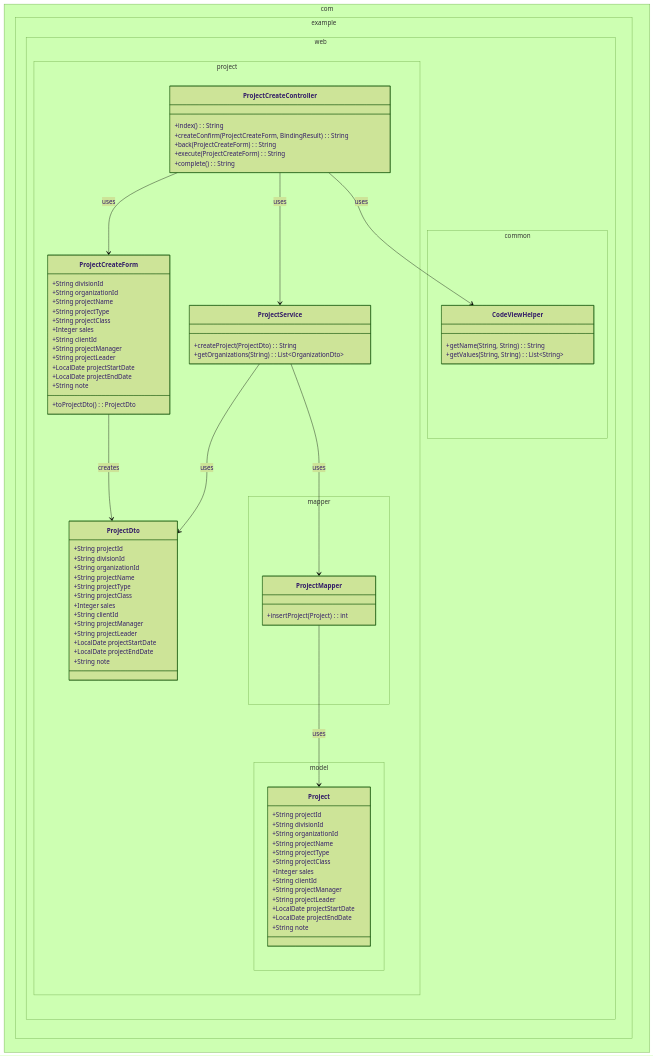
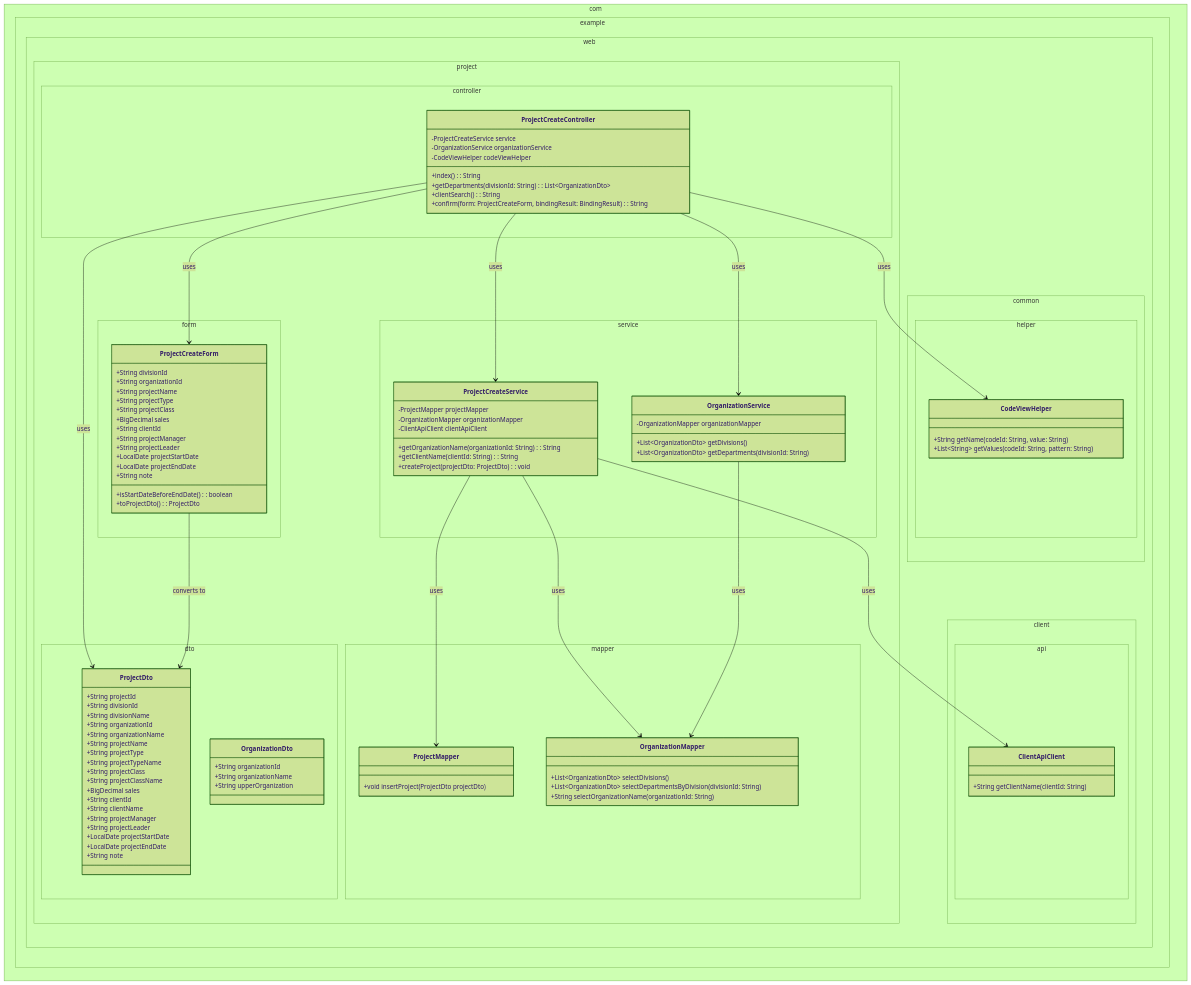
One commit to nagaoka-aya/rta-with-ai-2 changed the first of 4 diagrams in web/docs/plan/プロジェクト登録の実装計画.md. Above: the diagram before and after it, drawn with Mermaid (forest theme). The commit also changed other lines of this file and 1 other file, not shown here.

````diff
--- a/web/docs/plan/プロジェクト登録の実装計画.md
+++ b/web/docs/plan/プロジェクト登録の実装計画.md
@@ -8,88 +9,115 @@
 ```mermaid
 classDiagram
-    namespace com.example.web.project {
+    namespace com.example.web.project.controller {
         class ProjectCreateController {
+            -ProjectCreateService service
+            -OrganizationService organizationService
+            -CodeViewHelper codeViewHelper
             +index(): String
-            +createConfirm(ProjectCreateForm, BindingResult): String
-            +back(ProjectCreateForm): String
-            +execute(ProjectCreateForm): String
-            +complete(): String
+            +getDepartments(divisionId: String): List~OrganizationDto~
+            +clientSearch(): String
+            +confirm(form: ProjectCreateForm, bindingResult: BindingResult): String
         }
-
+    }
+    
+    namespace com.example.web.project.form {
         class ProjectCreateForm {
             +String divisionId
             +String organizationId
             +String projectName
             +String projectType
             +String projectClass
-            +Integer sales
+            +BigDecimal sales
             +String clientId
             +String projectManager
             +String projectLeader
             +LocalDate projectStartDate
             +LocalDate projectEndDate
             +String note
+            +isStartDateBeforeEndDate(): boolean
             +toProjectDto(): ProjectDto
         }
-
-        class ProjectService {
-            +createProject(ProjectDto): String
-            +getOrganizations(String): List~OrganizationDto~
-        }
-
+    }
+    
+    namespace com.example.web.project.dto {
         class ProjectDto {
             +String projectId
             +String divisionId
+            +String divisionName
             +String organizationId
+            +String organizationName
             +String projectName
             +String projectType
+            +String projectTypeName
             +String projectClass
-            +Integer sales
+            +String projectClassName
+            +BigDecimal sales
             +String clientId
+            +String clientName
             +String projectManager
             +String projectLeader
             +LocalDate projectStartDate
             +LocalDate projectEndDate
             +String note
         }
-    }
-
-    namespace com.example.web.common {
-        class CodeViewHelper {
-            +getName(String, String): String
-            +getValues(String, String): List~String~
+        
+        class OrganizationDto {
+            +String organizationId
+            +String organizationName
+            +String upperOrganization
         }
     }
-
+    
+    namespace com.example.web.project.service {
+        class ProjectCreateService {
+            -ProjectMapper projectMapper
+            -OrganizationMapper organizationMapper
+            -ClientApiClient clientApiClient
+            +getOrganizationName(organizationId: String): String
+            +getClientName(clientId: String): String
+            +createProject(projectDto: ProjectDto): void
+        }
+        
+        class OrganizationService {
+            -OrganizationMapper organizationMapper
+            +List~OrganizationDto~ getDivisions()
+            +List~OrganizationDto~ getDepartments(divisionId: String)
+        }
+    }
+    
     namespace com.example.web.project.mapper {
         class ProjectMapper {
-            +insertProject(Project): int
+            +void insertProject(ProjectDto projectDto)
+        }
+        
+        class OrganizationMapper {
+            +List~OrganizationDto~ selectDivisions()
+            +List~OrganizationDto~ selectDepartmentsByDivision(divisionId: String)
+            +String selectOrganizationName(organizationId: String)
         }
     }
-
-    namespace com.example.web.project.model {
-        class Project {
-            +String projectId
-            +String divisionId
-            +String organizationId
-            +String projectName
-            +String projectType
-            +String projectClass
-            +Integer sales
-            +String clientId
-            +String projectManager
-            +String projectLeader
-            +LocalDate projectStartDate
-            +LocalDate projectEndDate
-            +String note
+    
+    namespace com.example.web.common.helper {
+        class CodeViewHelper {
+            +String getName(codeId: String, value: String)
+            +List~String~ getValues(codeId: String, pattern: String)
+        }
+    }
+    
+    namespace com.example.web.client.api {
+        class ClientApiClient {
+            +String getClientName(clientId: String)
         }
     }
     
     ProjectCreateController --> ProjectCreateForm : uses
-    ProjectCreateController --> ProjectService : uses
-    ProjectCreateForm --> ProjectDto : creates
-    ProjectService --> ProjectDto : uses
-    ProjectService --> ProjectMapper : uses
-    ProjectMapper --> Project : uses
+    ProjectCreateController --> ProjectDto : uses
+    ProjectCreateController --> ProjectCreateService : uses
+    ProjectCreateController --> OrganizationService : uses
     ProjectCreateController --> CodeViewHelper : uses
+    ProjectCreateForm --> ProjectDto : converts to
+    ProjectCreateService --> ProjectMapper : uses
+    ProjectCreateService --> OrganizationMapper : uses
+    ProjectCreateService --> ClientApiClient : uses
+    OrganizationService --> OrganizationMapper : uses
 ```
````
